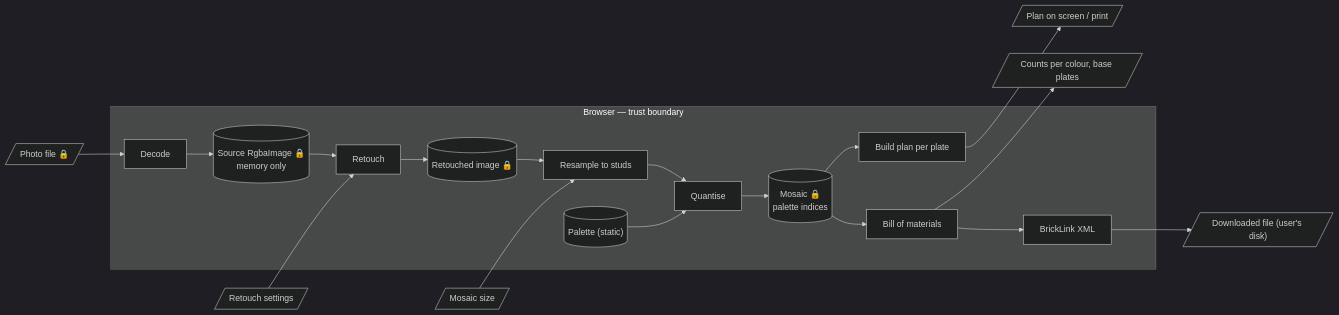
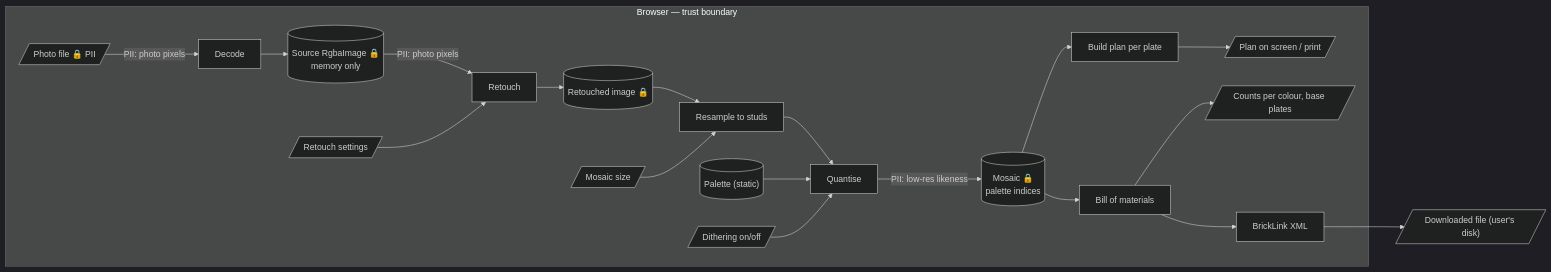
The diagram in docs/architecture/diagrams/mosaic/06-data-flow.md (benoit-bremaud/brickpix), drawn with Mermaid (dark theme) before and after one commit. The commit also changed other lines of this file and 9 other files, not shown here.

Commit message:
docs(architecture): apply local review fixes to the UML study

````diff
--- a/docs/architecture/diagrams/mosaic/06-data-flow.md
+++ b/docs/architecture/diagrams/mosaic/06-data-flow.md
@@ -10,30 +10,37 @@
 ```mermaid
 flowchart LR
-    File[/"Photo file 🔒"/] --> Decode["Decode"]
+    File[/"Photo file 🔒 PII"/] -- "PII: photo pixels" --> Decode["Decode"]
     Decode --> Src[("Source RgbaImage 🔒<br/>memory only")]
-    Src --> Retouch["Retouch"]
+    Src -- "PII: photo pixels" --> Retouch["Retouch"]
     Settings[/"Retouch settings"/] --> Retouch
     Retouch --> Ret[("Retouched image 🔒")]
     Ret --> Resample["Resample to studs"]
     Size[/"Mosaic size"/] --> Resample
     Resample --> Quantise["Quantise"]
     Pal[("Palette (static)")] --> Quantise
-    Quantise --> Mosaic[("Mosaic 🔒<br/>palette indices")]
+    Dither[/"Dithering on/off"/] --> Quantise
+    Quantise -- "PII: low-res likeness" --> Mosaic[("Mosaic 🔒<br/>palette indices")]
     Mosaic --> Plan["Build plan per plate"] --> PlanOut[/"Plan on screen / print"/]
     Mosaic --> Bom["Bill of materials"] --> BomOut[/"Counts per colour, base plates"/]
     Bom --> Xml["BrickLink XML"] --> Dl[/"Downloaded file (user's disk)"/]
 
     subgraph Browser["Browser — trust boundary"]
+        File
+        Settings
+        Size
+        Dither
+        PlanOut
+        BomOut
         Decode
         Src
         Retouch
         Ret
         Resample
         Quantise
         Mosaic
         Plan
         Bom
         Xml
         Pal
     end
 ```
````
